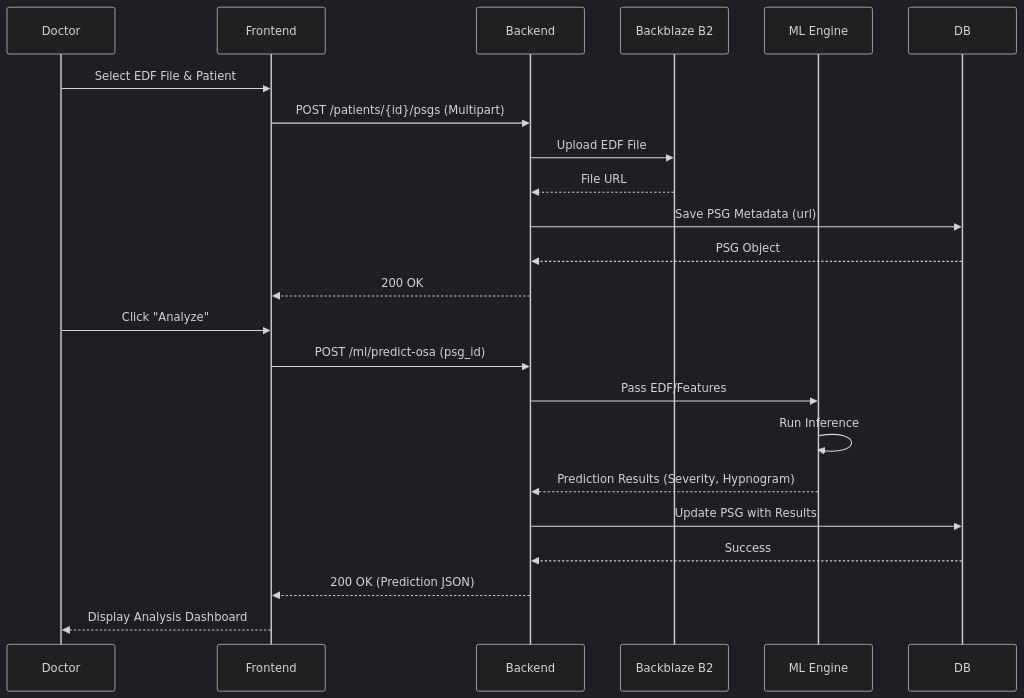
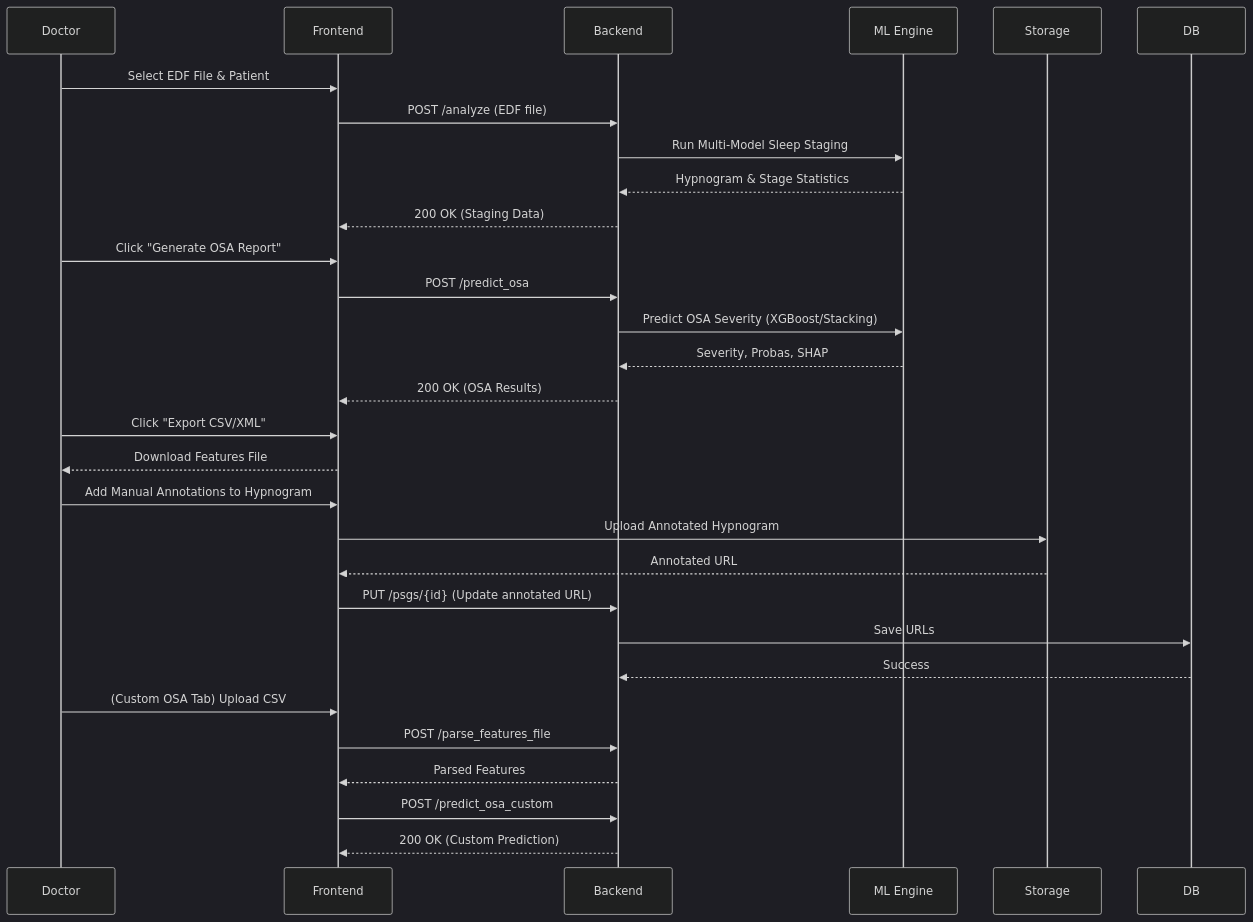
One commit to aymen-ftita/BioVant changed the diagram in conception/sequence_analysis.md. Above: the diagram before and after it, drawn with Mermaid (dark theme). The commit also changed other lines of this file and 76 other files, not shown here.

````diff
--- a/conception/sequence_analysis.md
+++ b/conception/sequence_analysis.md
@@ -3,27 +3,37 @@
 ```mermaid
 sequenceDiagram
     participant Doctor
     participant Frontend
     participant Backend
-    participant B2 as Backblaze B2
     participant ML as ML Engine
+    participant S3 as Storage
     participant DB
 
     Doctor->>Frontend: Select EDF File & Patient
-    Frontend->>Backend: POST /patients/{id}/psgs (Multipart)
-    Backend->>B2: Upload EDF File
-    B2-->>Backend: File URL
-    Backend->>DB: Save PSG Metadata (url)
-    DB-->>Backend: PSG Object
-    Backend-->>Frontend: 200 OK
+    Frontend->>Backend: POST /analyze (EDF file)
+    Backend->>ML: Run Multi-Model Sleep Staging
+    ML-->>Backend: Hypnogram & Stage Statistics
+    Backend-->>Frontend: 200 OK (Staging Data)
     
-    Doctor->>Frontend: Click "Analyze"
-    Frontend->>Backend: POST /ml/predict-osa (psg_id)
-    Backend->>ML: Pass EDF/Features
-    ML->>ML: Run Inference
-    ML-->>Backend: Prediction Results (Severity, Hypnogram)
-    Backend->>DB: Update PSG with Results
+    Doctor->>Frontend: Click "Generate OSA Report"
+    Frontend->>Backend: POST /predict_osa
+    Backend->>ML: Predict OSA Severity (XGBoost/Stacking)
+    ML-->>Backend: Severity, Probas, SHAP
+    Backend-->>Frontend: 200 OK (OSA Results)
+    
+    Doctor->>Frontend: Click "Export CSV/XML"
+    Frontend-->>Doctor: Download Features File
+
+    Doctor->>Frontend: Add Manual Annotations to Hypnogram
+    Frontend->>S3: Upload Annotated Hypnogram
+    S3-->>Frontend: Annotated URL
+    Frontend->>Backend: PUT /psgs/{id} (Update annotated URL)
+    Backend->>DB: Save URLs
     DB-->>Backend: Success
-    Backend-->>Frontend: 200 OK (Prediction JSON)
-    Frontend-->>Doctor: Display Analysis Dashboard
+    
+    Doctor->>Frontend: (Custom OSA Tab) Upload CSV
+    Frontend->>Backend: POST /parse_features_file
+    Backend-->>Frontend: Parsed Features
+    Frontend->>Backend: POST /predict_osa_custom
+    Backend-->>Frontend: 200 OK (Custom Prediction)
 ```
````
